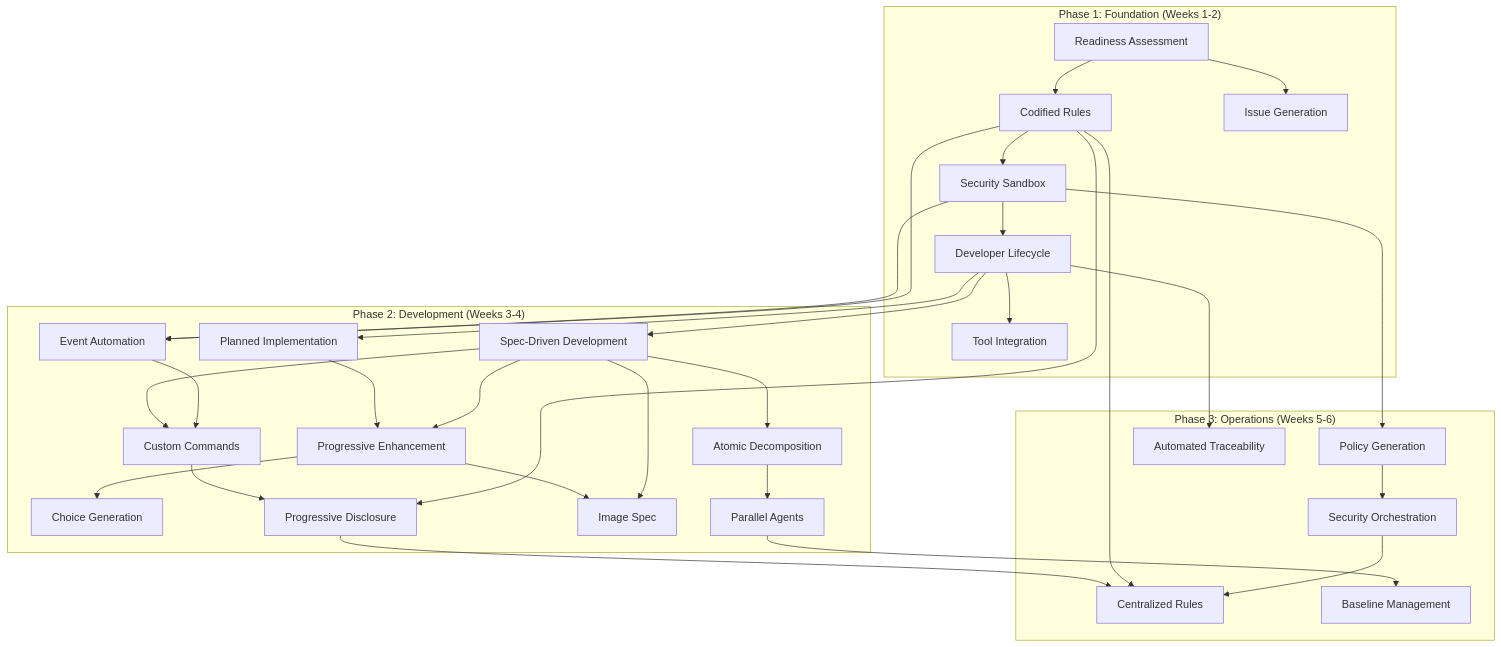
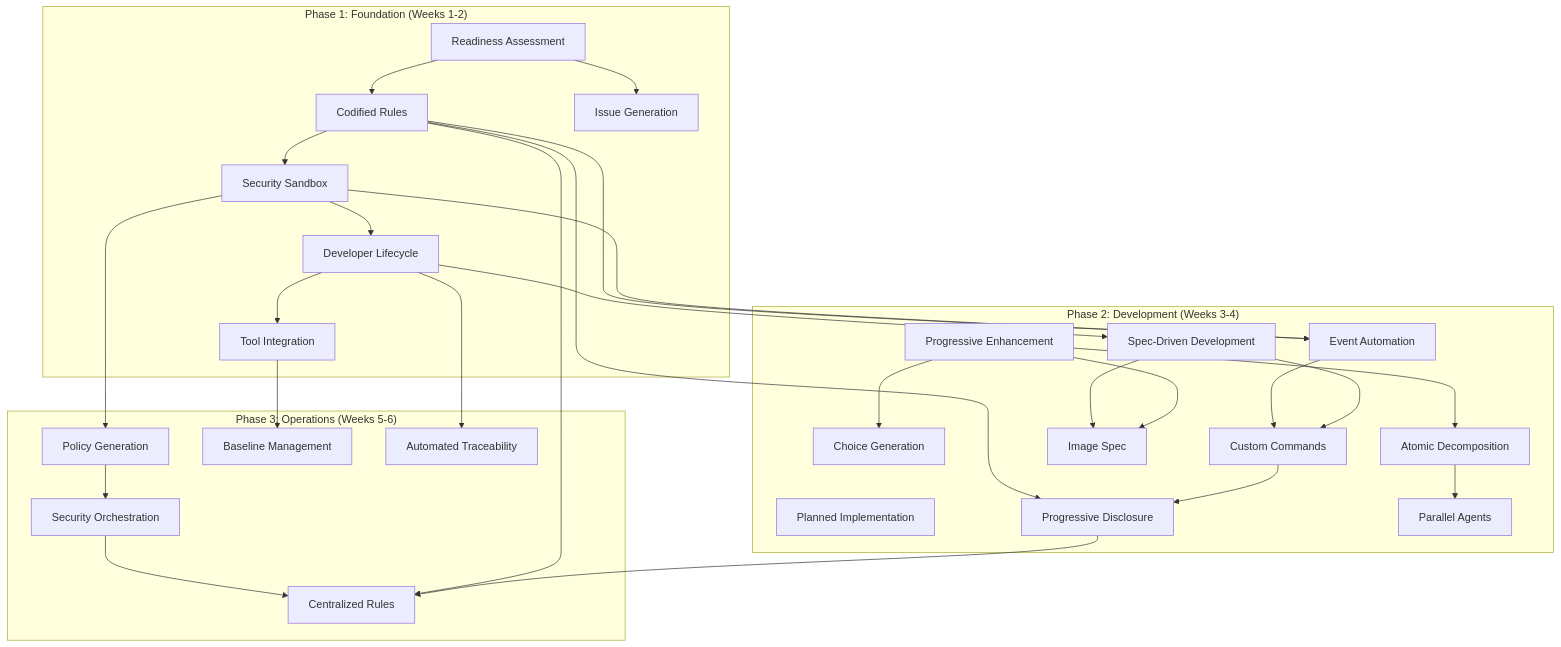
Before and after one commit to PaulDuvall/ai-development-patterns: the second of 14 diagrams in README.md, drawn with Mermaid. The commit also changed other lines of this file and 14 other files, not shown here.

````diff
--- a/README.md
+++ b/README.md
@@ -98,43 +98,42 @@
 ```mermaid
 graph TD
     subgraph "Phase 1: Foundation (Weeks 1-2)"
         A[Readiness Assessment] --> B[Codified Rules]
         B --> C[Security Sandbox]
         C --> D[Developer Lifecycle]
         A --> E[Issue Generation]
         D --> F[Tool Integration]
     end
 
     subgraph "Phase 2: Development (Weeks 3-4)"
         D --> G[Spec-Driven Development]
-        D --> H[Planned Implementation]
-        G --> I[Progressive Enhancement]
-        H --> I
+        H[Planned Implementation]
+        I[Progressive Enhancement]
         I --> J[Choice Generation]
         Q[Event Automation]
         R[Custom Commands]
         S[Progressive Disclosure]
         U[Image Spec]
-        G --> K[Atomic Decomposition]
+        I --> K[Atomic Decomposition]
         K --> L[Parallel Agents]
     end
 
     subgraph "Phase 3: Operations (Weeks 5-6)"
         C --> M[Policy Generation]
         M --> N[Security Orchestration]
         N --> T[Centralized Rules]
-        L --> O[Baseline Management]
+        F --> O[Baseline Management]
         D --> P[Automated Traceability]
     end
 
     B --> Q
     C --> Q
     Q --> R
     G --> R
     B --> S
     R --> S
     B --> T
     S --> T
     G --> U
     I --> U
 ```
````
